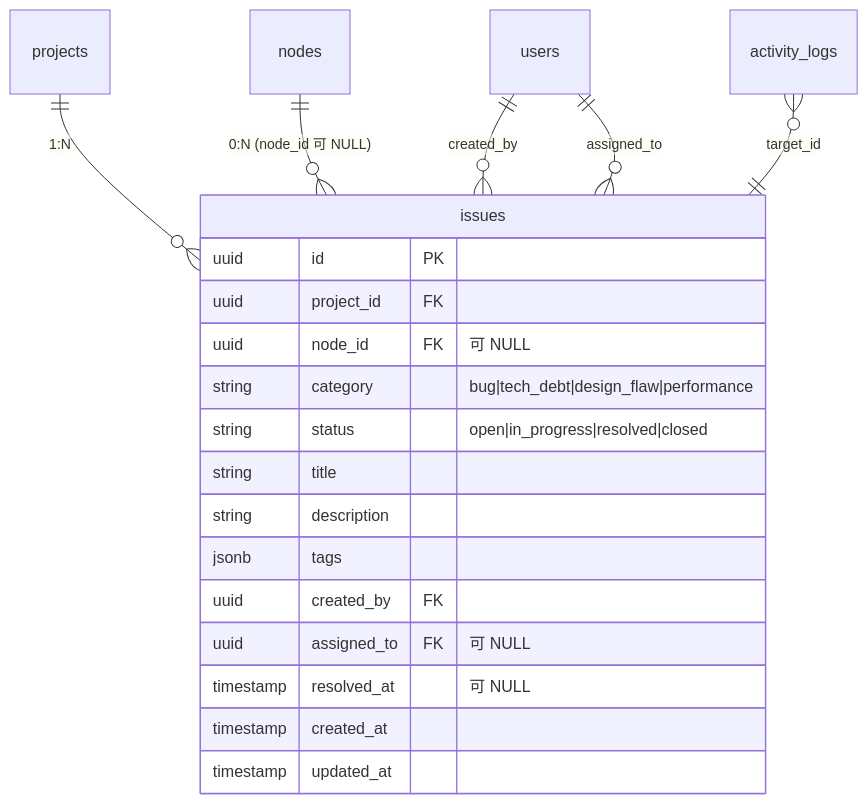
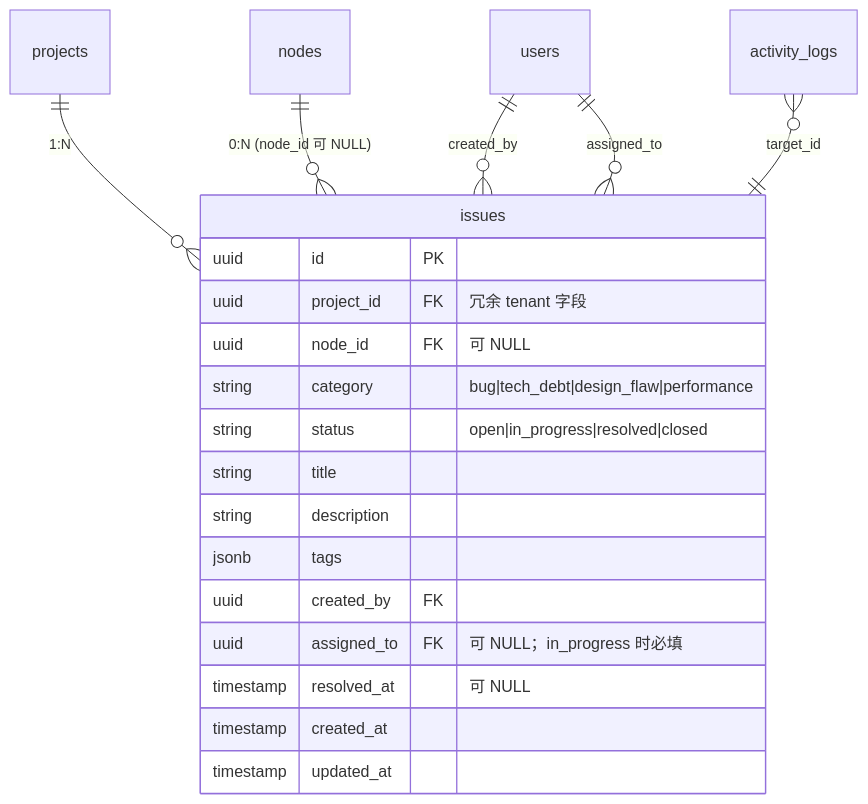
The second of 3 diagrams in design/02-modules/M07-issue/00-design.md (CY1005/prism-0420), drawn with Mermaid before and after one commit. The commit also changed other lines of this file and 11 other files, not shown here.

````diff
--- a/design/02-modules/M07-issue/00-design.md
+++ b/design/02-modules/M07-issue/00-design.md
@@ -152,24 +141,24 @@
 ```mermaid
 erDiagram
     projects ||--o{ issues : "1:N"
     nodes ||--o{ issues : "0:N (node_id 可 NULL)"
     users ||--o{ issues : "created_by"
     users ||--o{ issues : "assigned_to"
     activity_logs }o--|| issues : "target_id"
 
     issues {
         uuid id PK
-        uuid project_id FK
+        uuid project_id FK "冗余 tenant 字段"
         uuid node_id FK "可 NULL"
         string category "bug|tech_debt|design_flaw|performance"
         string status "open|in_progress|resolved|closed"
         string title
         string description
         jsonb tags
         uuid created_by FK
-        uuid assigned_to FK "可 NULL"
+        uuid assigned_to FK "可 NULL；in_progress 时必填"
         timestamp resolved_at "可 NULL"
         timestamp created_at
         timestamp updated_at
     }
 ```
````
